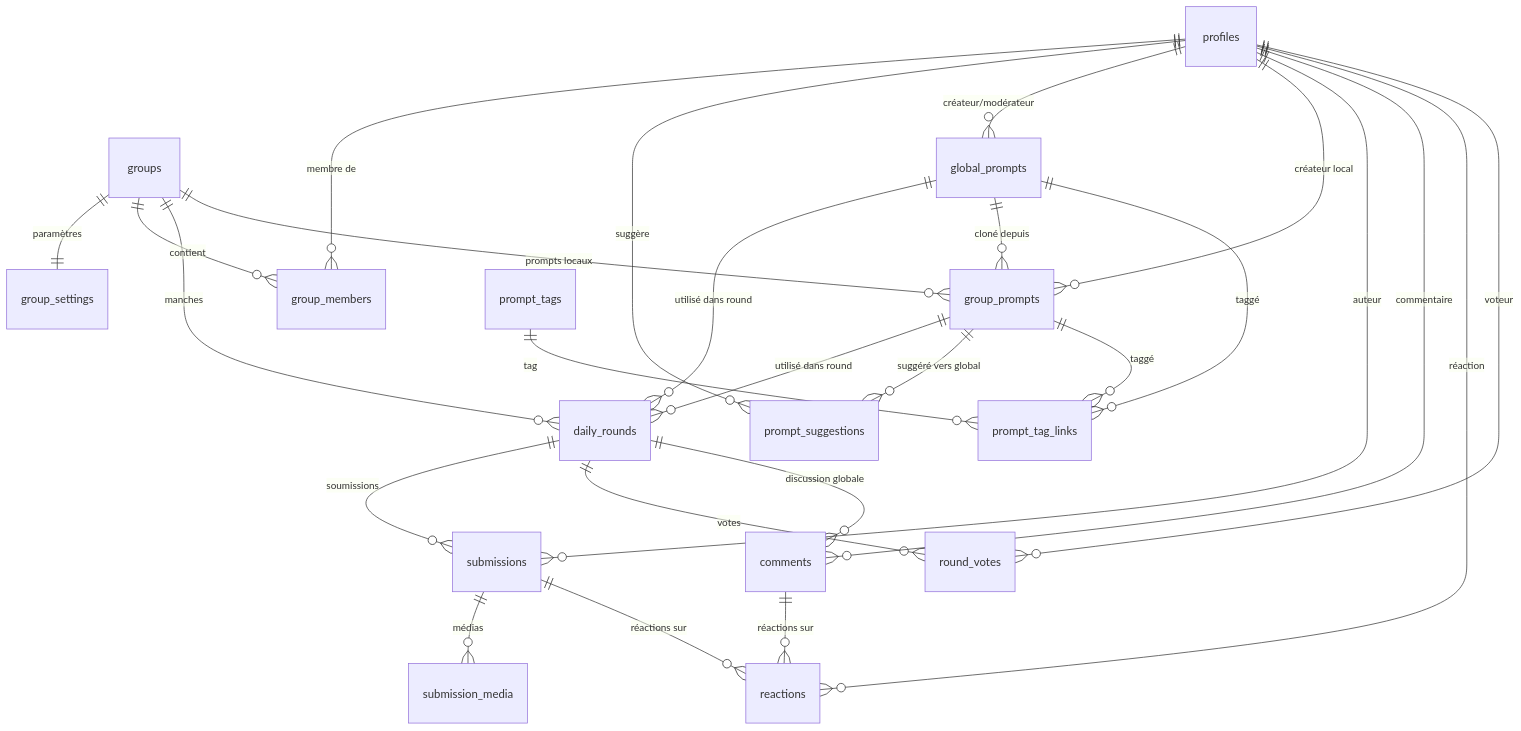
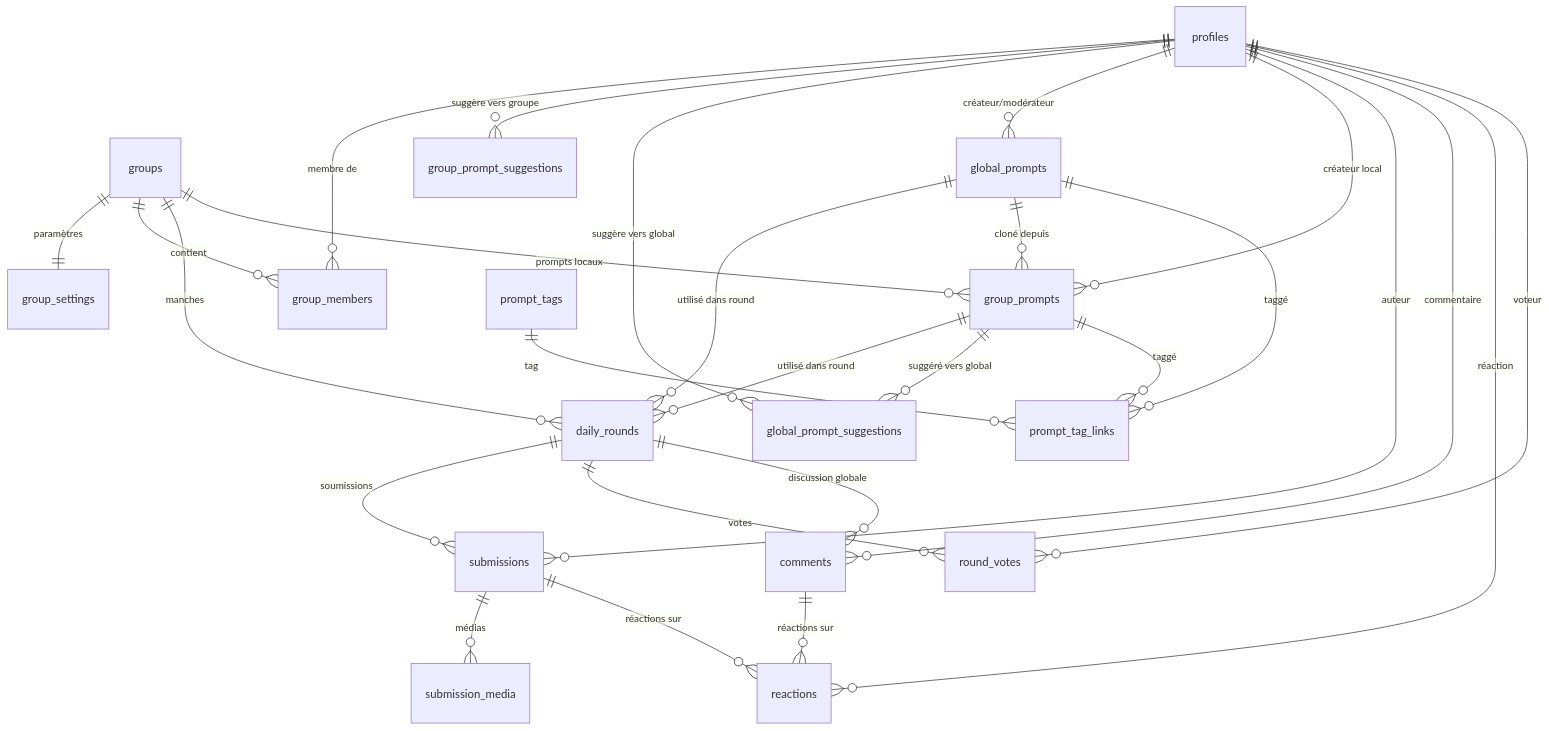
Before and after one commit to Adrien490/jimboa: the second of 6 diagrams in README.md, drawn with Mermaid. The commit also changed other lines of this file and 1 other file, not shown here.

````diff
--- a/README.md
+++ b/README.md
@@ -154,28 +155,29 @@
 ```mermaid
 erDiagram
     profiles ||--o{ group_members : "membre de"
     groups ||--|| group_settings : "paramètres"
     groups ||--o{ group_members : "contient"
     groups ||--o{ daily_rounds : "manches"
     groups ||--o{ group_prompts : "prompts locaux"
     global_prompts ||--o{ daily_rounds : "utilisé dans round"
     group_prompts ||--o{ daily_rounds : "utilisé dans round"
     global_prompts ||--o{ group_prompts : "cloné depuis"
-    group_prompts ||--o{ prompt_suggestions : "suggéré vers global"
-    profiles ||--o{ prompt_suggestions : "suggère"
+    profiles ||--o{ group_prompt_suggestions : "suggère vers groupe"
+    group_prompts ||--o{ global_prompt_suggestions : "suggéré vers global"
+    profiles ||--o{ global_prompt_suggestions : "suggère vers global"
     profiles ||--o{ global_prompts : "créateur/modérateur"
     profiles ||--o{ group_prompts : "créateur local"
     daily_rounds ||--o{ submissions : "soumissions"
     daily_rounds ||--o{ round_votes : "votes"
     profiles ||--o{ submissions : "auteur"
     profiles ||--o{ comments : "commentaire"
     profiles ||--o{ reactions : "réaction"
     profiles ||--o{ round_votes : "voteur"
     daily_rounds ||--o{ comments : "discussion globale"
     submissions ||--o{ submission_media : "médias"
     submissions ||--o{ reactions : "réactions sur"
     comments ||--o{ reactions : "réactions sur"
     global_prompts ||--o{ prompt_tag_links : "taggé"
     group_prompts ||--o{ prompt_tag_links : "taggé"
     prompt_tags ||--o{ prompt_tag_links : "tag"
 ```
````
